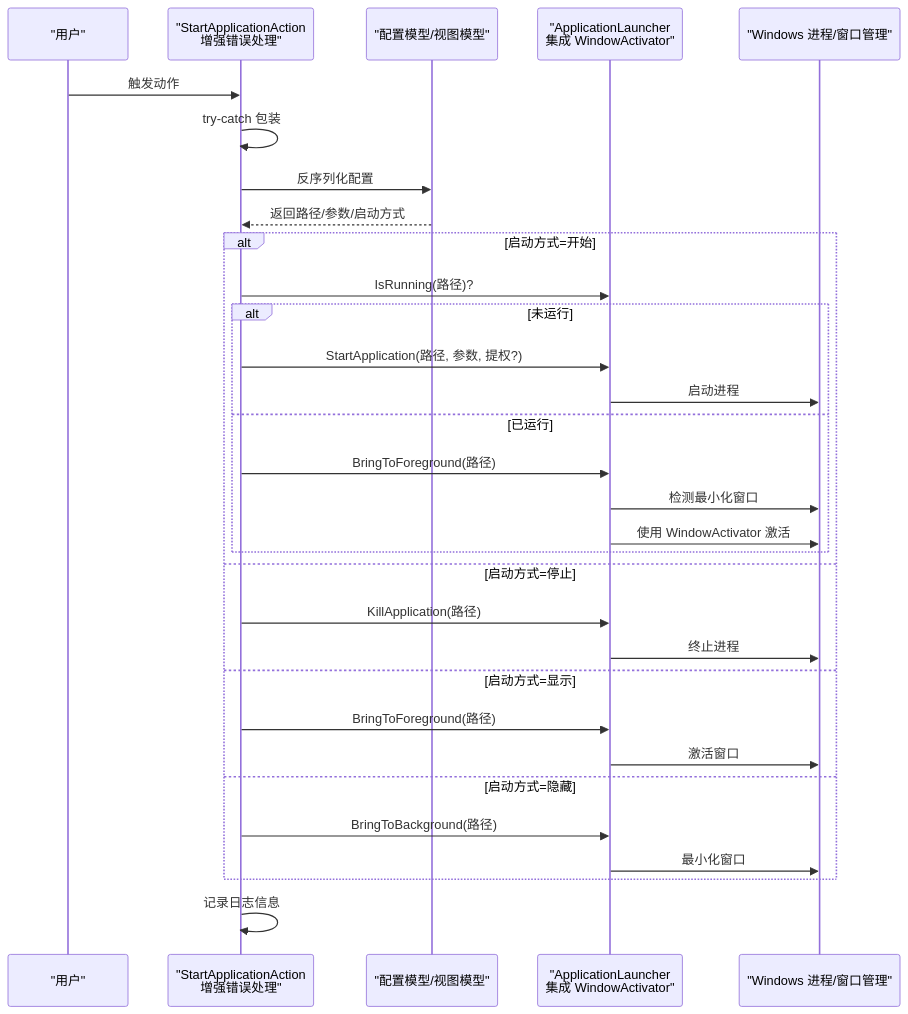
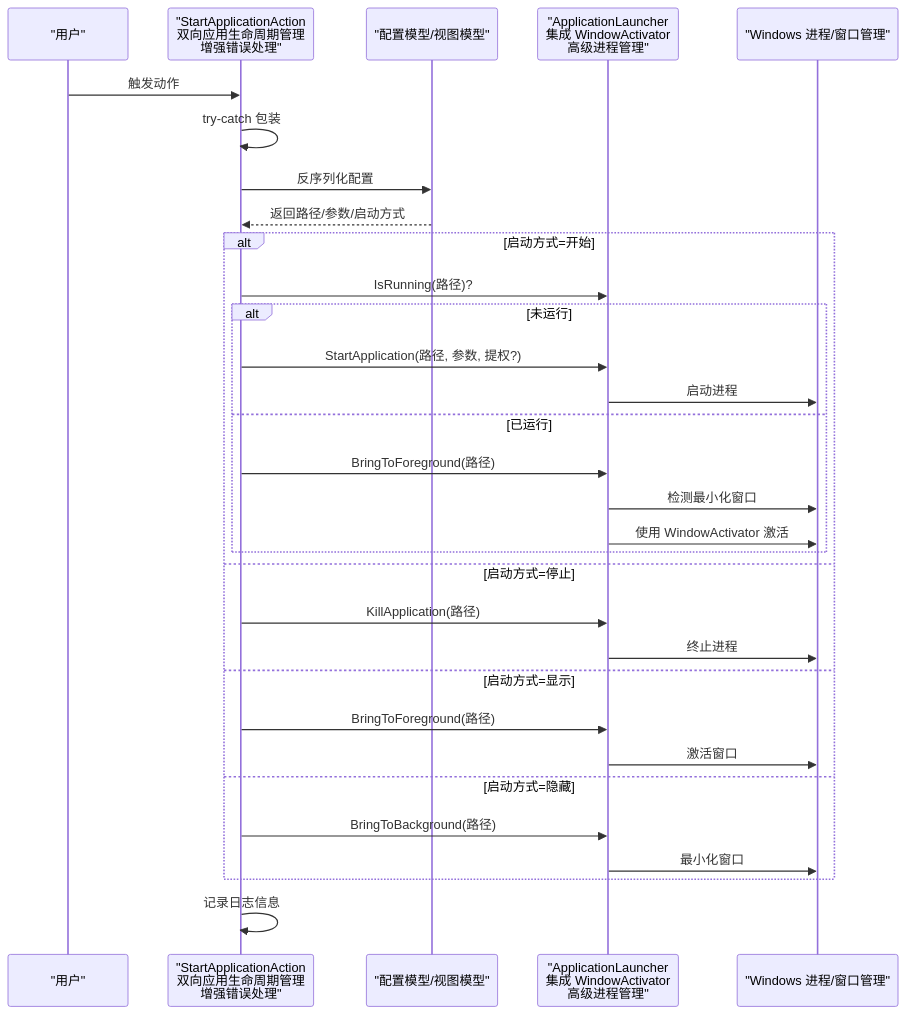
The second of 7 diagrams in .qoder/repowiki/zh/content/核心功能/应用程序管理.md (tea4go/Macro-Deck-Windows-Utils-Plugin), drawn with Mermaid before and after one commit. The commit also changed other lines of this file and 39 other files, not shown here.

````diff
--- a/.qoder/repowiki/zh/content/核心功能/应用程序管理.md
+++ b/.qoder/repowiki/zh/content/核心功能/应用程序管理.md
@@ -134,33 +136,33 @@
 ```mermaid
 sequenceDiagram
 participant U as "用户"
-participant AB as "StartApplicationAction<br/>增强错误处理"
+participant AB as "StartApplicationAction<br/>双向应用生命周期管理<br/>增强错误处理"
 participant CFG as "配置模型/视图模型"
-participant LA as "ApplicationLauncher<br/>集成 WindowActivator"
+participant LA as "ApplicationLauncher<br/>集成 WindowActivator<br/>高级进程管理"
 participant PS as "Windows 进程/窗口管理"
 U->>AB : 触发动作
 AB->>AB : try-catch 包装
 AB->>CFG : 反序列化配置
 CFG-->>AB : 返回路径/参数/启动方式
 alt 启动方式=开始
 AB->>LA : IsRunning(路径)?
 alt 未运行
 AB->>LA : StartApplication(路径, 参数, 提权?)
 LA->>PS : 启动进程
 else 已运行
 AB->>LA : BringToForeground(路径)
 LA->>PS : 检测最小化窗口
 LA->>PS : 使用 WindowActivator 激活
 end
 else 启动方式=停止
 AB->>LA : KillApplication(路径)
 LA->>PS : 终止进程
 else 启动方式=显示
 AB->>LA : BringToForeground(路径)
 LA->>PS : 激活窗口
 else 启动方式=隐藏
 AB->>LA : BringToBackground(路径)
 LA->>PS : 最小化窗口
 end
 AB->>AB : 记录日志信息
 ```
````
